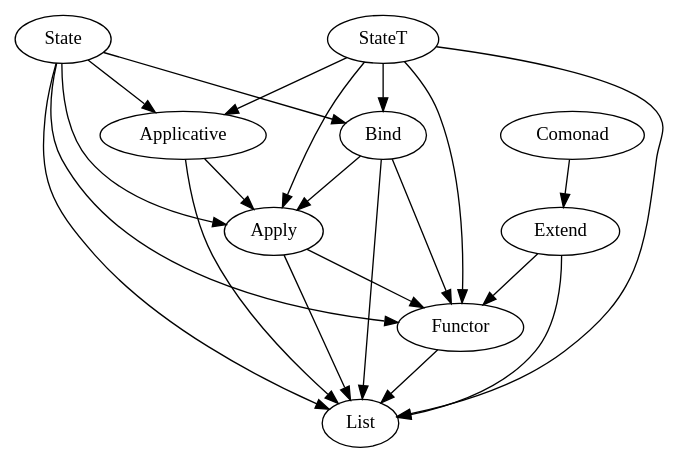
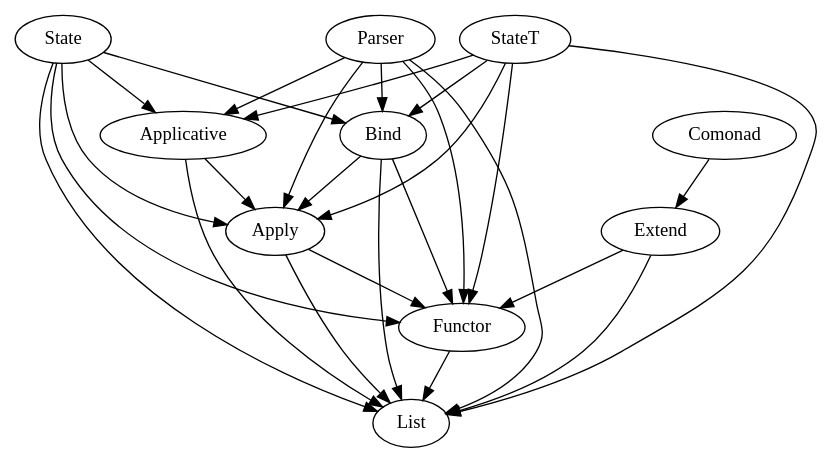
One commit to kkspeed/course changed the diagram in share/deps/exercises.dot. Above: the diagram before and after it, drawn with Graphviz. The commit also changed 2 other files, not shown here.

```diff
--- a/share/deps/exercises.dot
+++ b/share/deps/exercises.dot
@@ -1,35 +1,41 @@
 digraph G {
     {
         list [label="List"];
         functor [label="Functor"];
         apply [label="Apply"];
         applicative [label="Applicative"];
         bind [label="Bind"];
         comonad [label="Comonad"];
         extend [label="Extend"];
         state [label="State"];
         stateT [label="StateT"];
+        parser [label="Parser"];
     }
 
     functor -> list;
     apply -> list;
     apply -> functor;
     applicative -> apply;
     applicative -> list;
     bind -> list;
     bind -> apply;
     bind -> functor;
     comonad -> extend;
     extend -> list;
     extend -> functor;
     state -> list;
     state -> functor;
     state -> apply;
     state -> applicative;
     state -> bind;
     stateT -> list;
     stateT -> functor;
     stateT -> apply;
     stateT -> applicative;
     stateT -> bind;
+    parser -> list;
+    parser -> functor;
+    parser -> apply;
+    parser -> applicative;
+    parser -> bind;
 }
```
